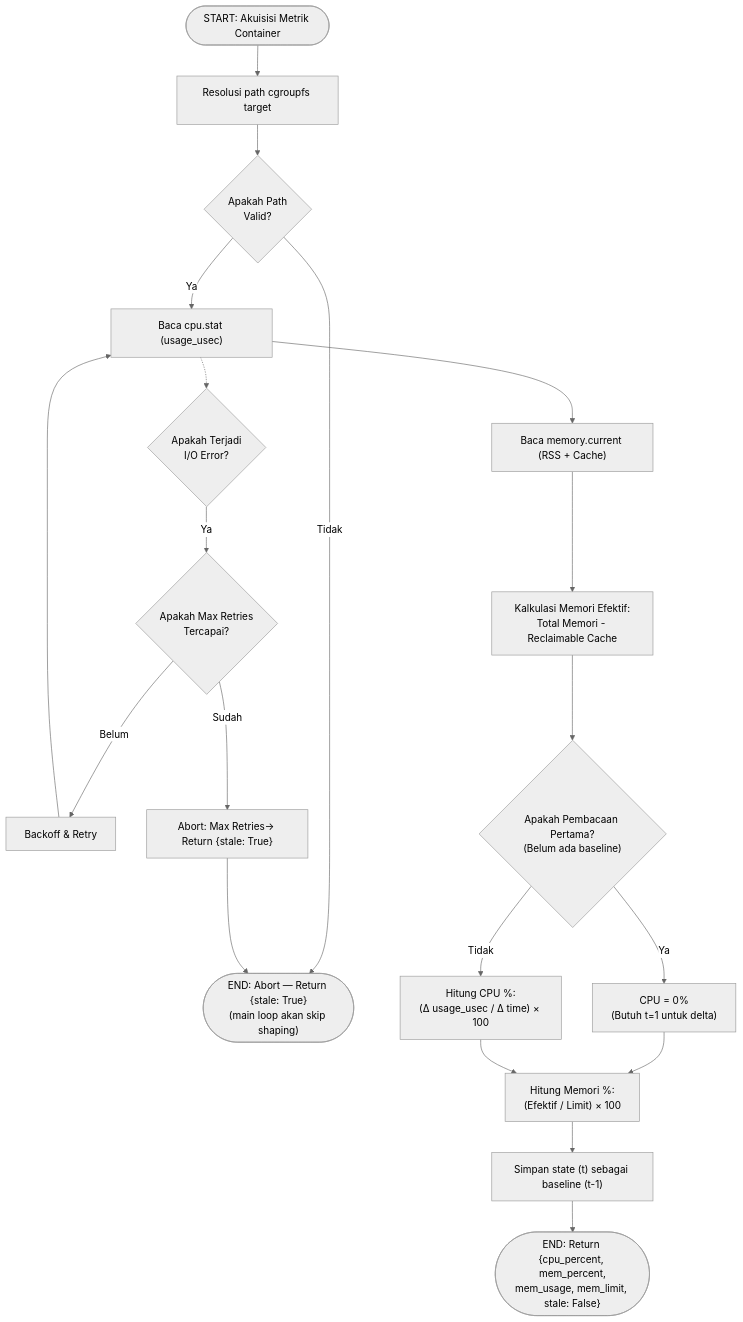
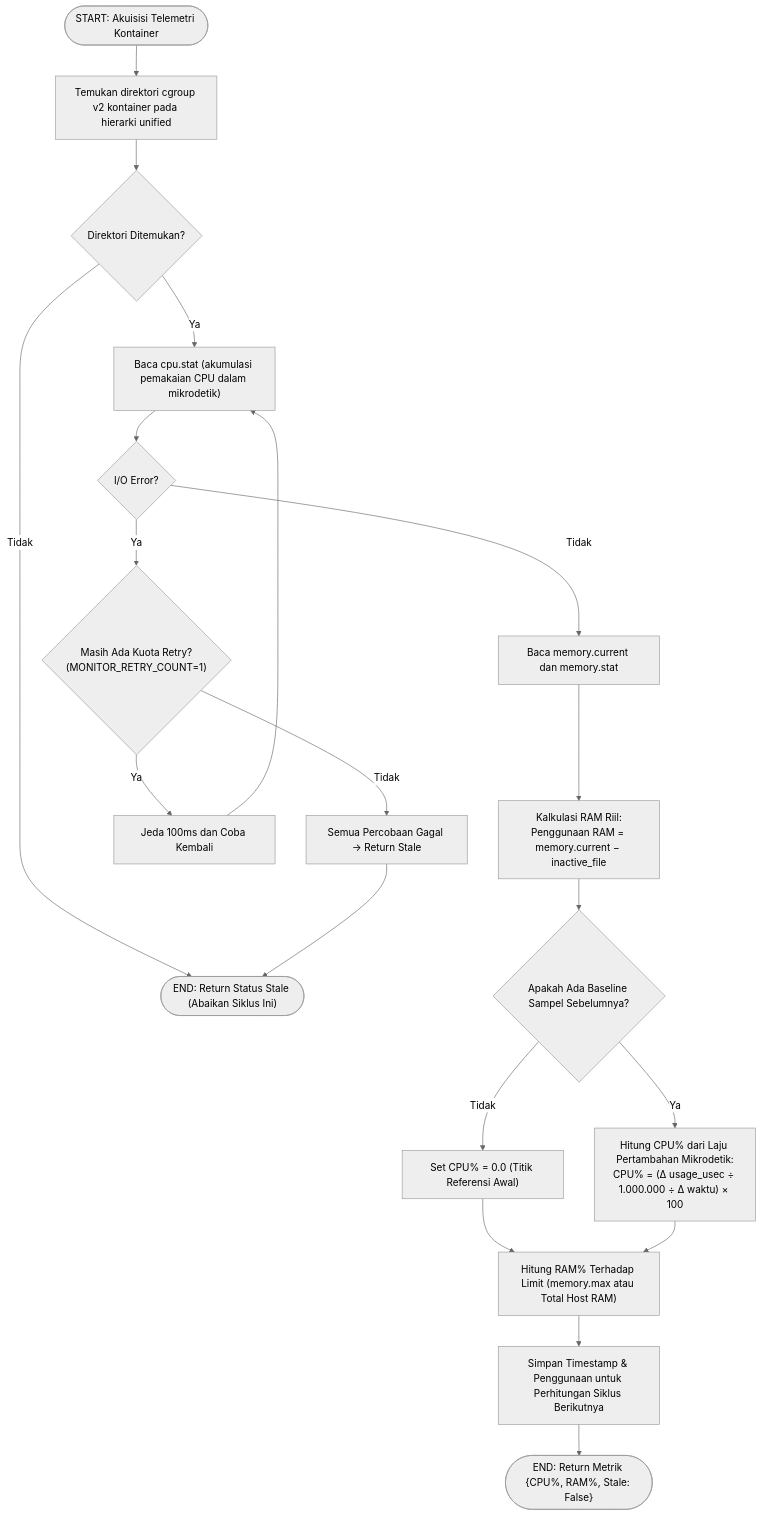
Before and after one commit to fauzanreza/green-container-framework: the second of 3 diagrams in architecture-diagrams/layer-2-monitor/01_monitor_get_stats.md, drawn with Mermaid (neutral theme). The commit also changed other lines of this file and 18 other files, not shown here.

````diff
--- a/architecture-diagrams/layer-2-monitor/01_monitor_get_stats.md
+++ b/architecture-diagrams/layer-2-monitor/01_monitor_get_stats.md
@@ -79,47 +75,50 @@
 ```mermaid
 flowchart TD
-    START(["START: Akuisisi Metrik Container"])
+    START(["START: Akuisisi Telemetri Kontainer"])
 
-    CARI["Resolusi path cgroupfs target"]
-    KETEMU{"Apakah Path<br/>Valid?"}
-    SELESAI_GAGAL(["END: Abort — Return {stale: True}<br/>(main loop akan skip shaping)"])
+    CARI_PATH["Temukan direktori cgroup v2 kontainer pada hierarki unified"]
+    VALID{"Direktori Ditemukan?"}
+    ABORT_STALE(["END: Return Status Stale (Abaikan Siklus Ini)"])
 
-    BACA_CPU["Baca cpu.stat (usage_usec)"]
-    BACA_RAM["Baca memory.current (RSS + Cache)"]
-    KURANGI["Kalkulasi Memori Efektif:<br/>Total Memori - Reclaimable Cache"]
+    BACA_STAT["Baca cpu.stat (akumulasi pemakaian CPU dalam mikrodetik)"]
+    BACA_RAM["Baca memory.current dan memory.stat"]
+    KURANGI_CACHE["Kalkulasi RAM Riil:<br/>Penggunaan RAM = memory.current − inactive_file"]
 
-    GAGAL{"Apakah Terjadi<br/>I/O Error?"}
-    COBA_LAGI{"Apakah Max Retries<br/>Tercapai?"}
-    TUNGGU["Backoff & Retry"]
-    SEMUA_GAGAL["Abort: Max Retries→ Return {stale: True}"]
+    GAGAL_BACA{"I/O Error?"}
+    COBA_ULANG{"Masih Ada Kuota Retry?<br/>(MONITOR_RETRY_COUNT=1)"}
+    JEDA_ULANG["Jeda 100ms dan Coba Kembali"]
+    TOTAL_GAGAL["Semua Percobaan Gagal → Return Stale"]
 
-    PERTAMA{"Apakah Pembacaan Pertama?<br/>(Belum ada baseline)"}
-    NOL["CPU = 0%<br/>(Butuh t=1 untuk delta)"]
-    HITUNG["Hitung CPU %:<br/>(Δ usage_usec / Δ time) × 100"]
-    HITUNG_RAM["Hitung Memori %:<br/>(Efektif / Limit) × 100"]
+    CEK_BASELINE{"Apakah Ada Baseline Sampel Sebelumnya?"}
+    CPU_NOL["Set CPU% = 0.0 (Titik Referensi Awal)"]
+    HITUNG_CPU["Hitung CPU% dari Laju Pertambahan Mikrodetik:<br/>CPU% = (Δ usage_usec ÷ 1.000.000 ÷ Δ waktu) × 100"]
 
-    SIMPAN["Simpan state (t) sebagai baseline (t-1)"]
-    SELESAI(["END: Return {cpu_percent, mem_percent,<br/>mem_usage, mem_limit, stale: False}"])
+    HITUNG_RAM["Hitung RAM% Terhadap Limit (memory.max atau Total Host RAM)"]
+    SIMPAN_STATE["Simpan Timestamp & Penggunaan untuk Perhitungan Siklus Berikutnya"]
 
-    START --> CARI
-    CARI --> KETEMU
-    KETEMU -->|Tidak| SELESAI_GAGAL
-    KETEMU -->|Ya| BACA_CPU
-    BACA_CPU --> BACA_RAM
-    BACA_RAM --> KURANGI
+    SELESAI(["END: Return Metrik {CPU%, RAM%, Stale: False}"])
 
-    BACA_CPU -.-> GAGAL
-    GAGAL -->|Ya| COBA_LAGI
-    COBA_LAGI -->|Belum| TUNGGU
-    TUNGGU --> BACA_CPU
-    COBA_LAGI -->|Sudah| SEMUA_GAGAL
-    SEMUA_GAGAL --> SELESAI_GAGAL
+    START --> CARI_PATH
+    CARI_PATH --> VALID
+    VALID -->|Tidak| ABORT_STALE
+    VALID -->|Ya| BACA_STAT
 
-    KURANGI --> PERTAMA
-    PERTAMA -->|Ya| NOL
-    PERTAMA -->|Tidak| HITUNG
-    NOL --> HITUNG_RAM
-    HITUNG --> HITUNG_RAM
-    HITUNG_RAM --> SIMPAN
-    SIMPAN --> SELESAI
+    BACA_STAT --> GAGAL_BACA
+    GAGAL_BACA -->|Ya| COBA_ULANG
+    COBA_ULANG -->|Ya| JEDA_ULANG
+    JEDA_ULANG --> BACA_STAT
+    COBA_ULANG -->|Tidak| TOTAL_GAGAL
+    TOTAL_GAGAL --> ABORT_STALE
+
+    GAGAL_BACA -->|Tidak| BACA_RAM
+    BACA_RAM --> KURANGI_CACHE
+    KURANGI_CACHE --> CEK_BASELINE
+
+    CEK_BASELINE -->|Tidak| CPU_NOL
+    CEK_BASELINE -->|Ya| HITUNG_CPU
+
+    CPU_NOL --> HITUNG_RAM
+    HITUNG_CPU --> HITUNG_RAM
+    HITUNG_RAM --> SIMPAN_STATE
+    SIMPAN_STATE --> SELESAI
 ```
````
